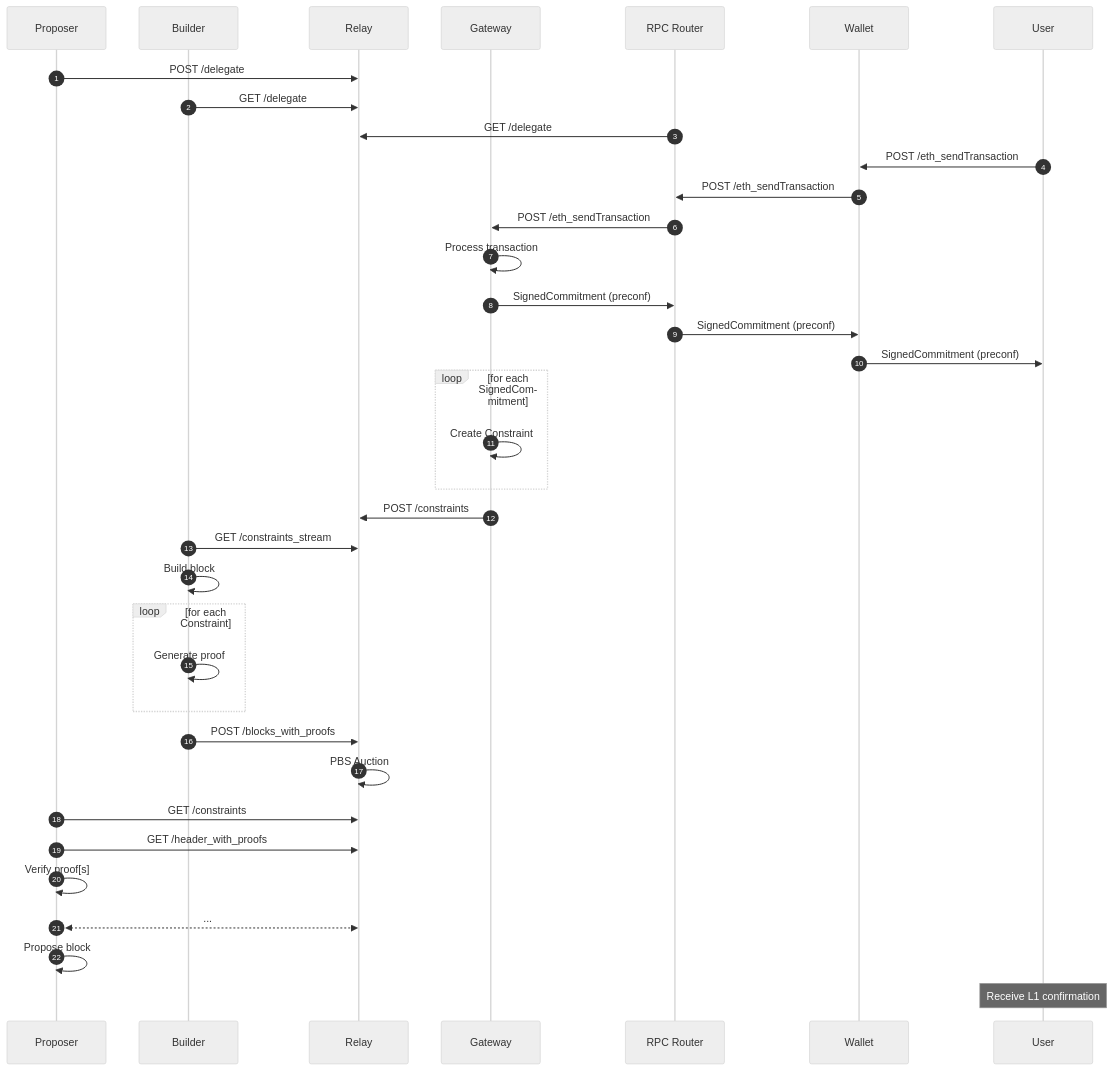
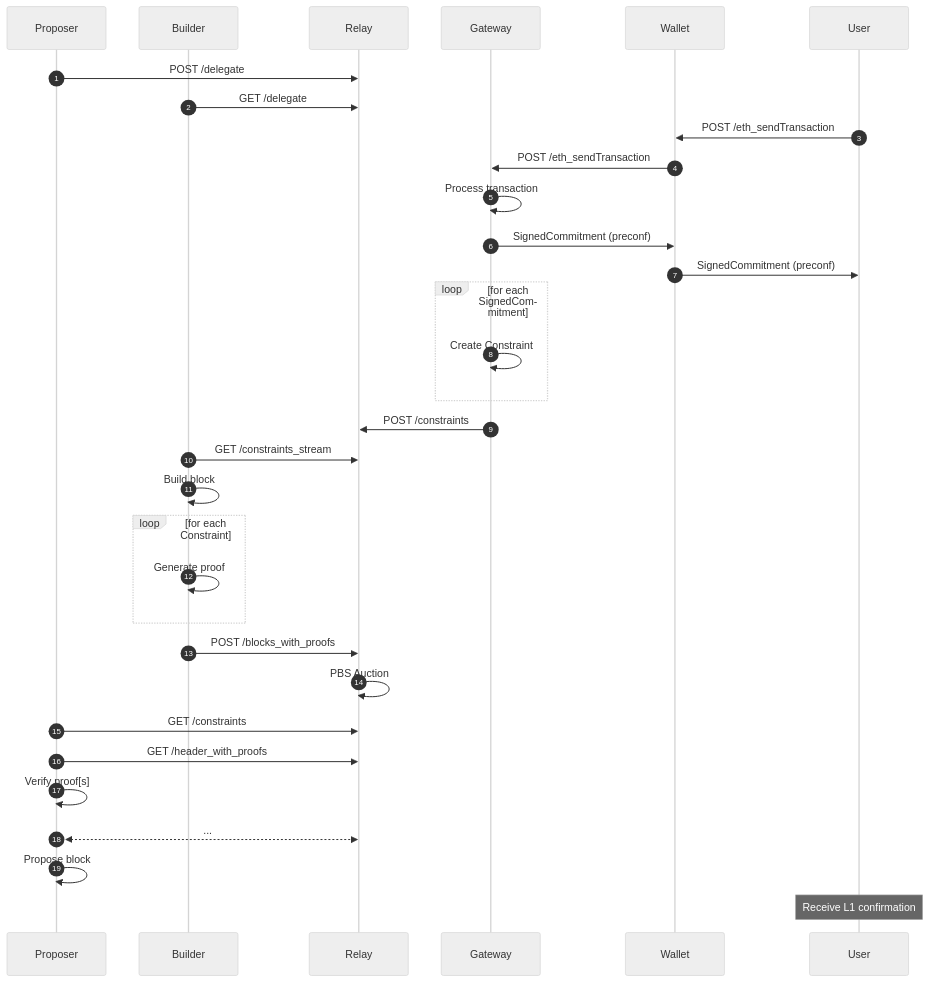
Before and after one commit to eth-fabric/constraints-specs: the diagram in specs/constraints-api.md, drawn with Mermaid (neutral theme). The commit also changed other lines of this file and 3 other files, not shown here.

````diff
--- a/specs/constraints-api.md
+++ b/specs/constraints-api.md
@@ -494,40 +528,36 @@
 ```mermaid
 sequenceDiagram
 autonumber
     participant Proposer
     participant Builder
     participant Relay
     participant Gateway
-    participant RPC Router
     participant Wallet
     participant User
 
     Proposer->>Relay: POST /delegate
     Builder->>Relay: GET /delegate
-    RPC Router->>Relay: GET /delegate
     User->>Wallet: POST /eth_sendTransaction
-    Wallet->>RPC Router: POST /eth_sendTransaction
-    RPC Router->>Gateway: POST /eth_sendTransaction
+    Wallet->>Gateway: POST /eth_sendTransaction
     Gateway->>Gateway: Process transaction
-    Gateway->>RPC Router: SignedCommitment (preconf)
-    RPC Router->>Wallet: SignedCommitment (preconf)
+    Gateway->>Wallet: SignedCommitment (preconf)
     Wallet->>User: SignedCommitment (preconf)
     Loop for each SignedCommitment
         Gateway->>Gateway: Create Constraint
     end
     Gateway->>Relay: POST /constraints
     Builder->>Relay: GET /constraints_stream
     Builder->>Builder: Build block
 
     Loop for each Constraint
         Builder->>Builder: Generate proof
     end
     Builder->>Relay: POST /blocks_with_proofs
     Relay->>Relay: PBS Auction
     Proposer->>Relay: GET /constraints
     Proposer->>Relay: GET /header_with_proofs
     Proposer->>Proposer: Verify proof[s]
     Proposer<<-->>Relay: ...
     Proposer->>Proposer: Propose block
     Note over User: Receive L1 confirmation
 ```
````
